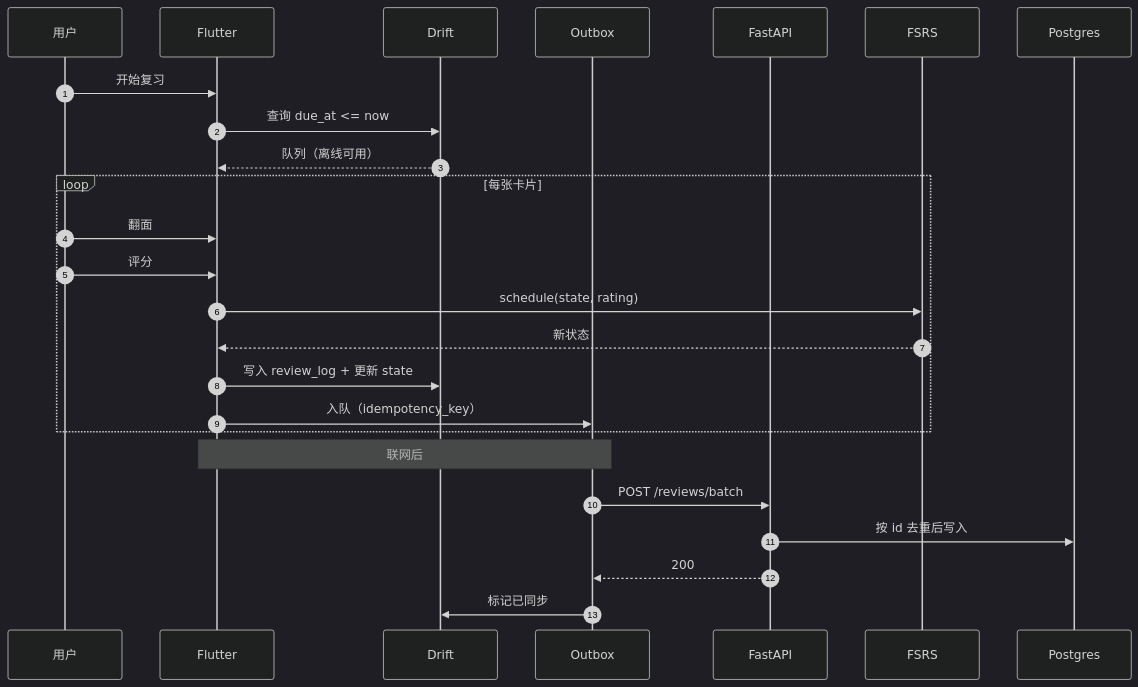
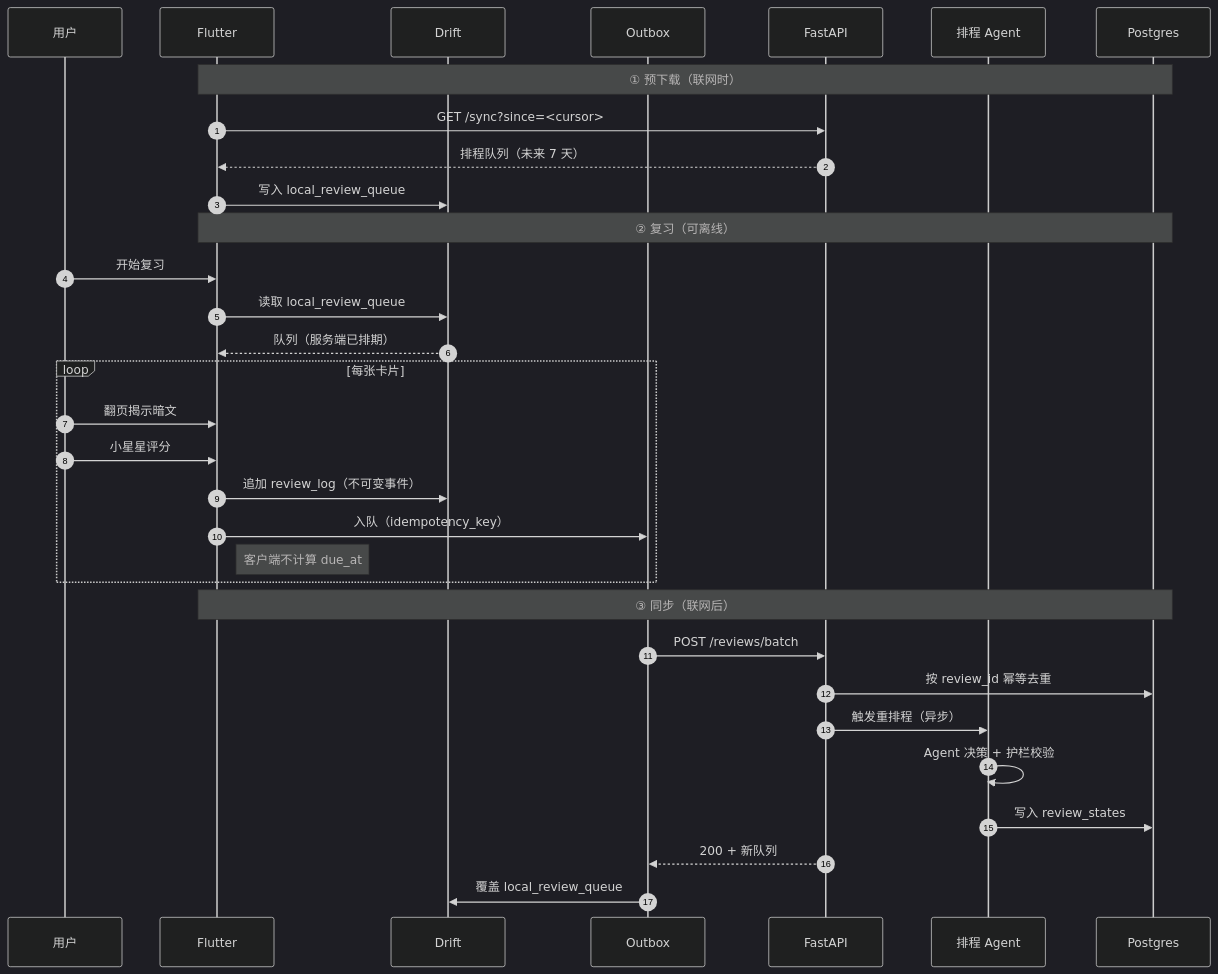
Diagram 14 of 17 in docs/03-MVP设计文档.md (RatherHard/CardSharp), drawn with Mermaid (dark theme) before and after one commit. The commit also changed other lines of this file, not shown here.

First line of the commit message:
docs(design): 重写 ADR-003/004，新增排程 Agent 与卡片页面设计

````diff
--- a/docs/03-MVP设计文档.md
+++ b/docs/03-MVP设计文档.md
@@ -1129,28 +1513,37 @@
 ```mermaid
 sequenceDiagram
     autonumber
     participant U as 用户
     participant App as Flutter
     participant Local as Drift
     participant Outbox
     participant API as FastAPI
-    participant FSRS
+    participant Sched as 排程 Agent
     participant DB as Postgres
 
+    Note over App,DB: ① 预下载（联网时）
+    App->>API: GET /sync?since=<cursor>
+    API-->>App: 排程队列（未来 7 天）
+    App->>Local: 写入 local_review_queue
+
+    Note over App,DB: ② 复习（可离线）
     U->>App: 开始复习
-    App->>Local: 查询 due_at <= now
-    Local-->>App: 队列（离线可用）
+    App->>Local: 读取 local_review_queue
+    Local-->>App: 队列（服务端已排期）
     loop 每张卡片
-        U->>App: 翻面
-        U->>App: 评分
-        App->>FSRS: schedule(state, rating)
-        FSRS-->>App: 新状态
-        App->>Local: 写入 review_log + 更新 state
+        U->>App: 翻页揭示暗文
+        U->>App: 小星星评分
+        App->>Local: 追加 review_log（不可变事件）
         App->>Outbox: 入队（idempotency_key）
+        Note right of App: 客户端不计算 due_at
     end
-    Note over App,Outbox: 联网后
+
+    Note over App,DB: ③ 同步（联网后）
     Outbox->>API: POST /reviews/batch
-    API->>DB: 按 id 去重后写入
-    API-->>Outbox: 200
-    Outbox->>Local: 标记已同步
+    API->>DB: 按 review_id 幂等去重
+    API->>Sched: 触发重排程（异步）
+    Sched->>Sched: Agent 决策 + 护栏校验
+    Sched->>DB: 写入 review_states
+    API-->>Outbox: 200 + 新队列
+    Outbox->>Local: 覆盖 local_review_queue
 ```
````
